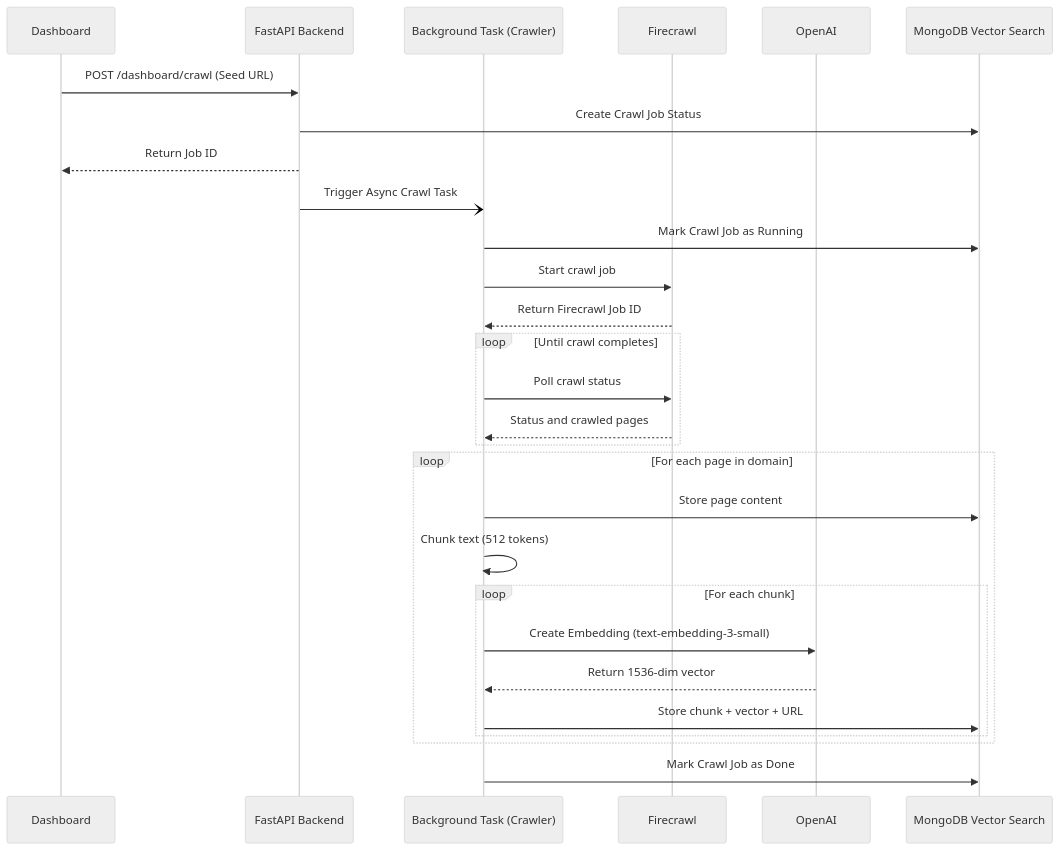
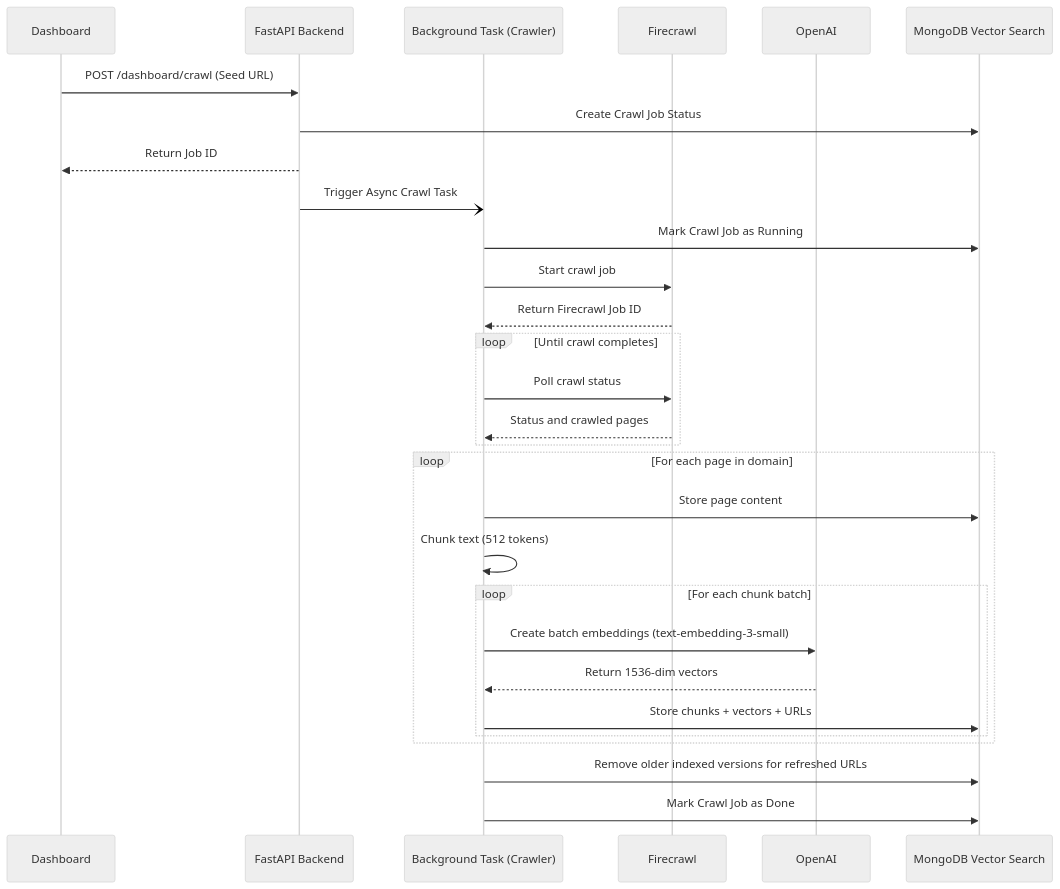
The second of 3 diagrams in README.md (Himanshu-Jha-rgb/AI_Chatbot_widget), drawn with Mermaid (neutral theme) before and after one commit. The commit also changed 2 other files, not shown here.

Commit message:
refactor: optimize embedding process and enhance error handling in crawler and embedder services

````diff
--- a/README.md
+++ b/README.md
@@ -24,33 +24,34 @@
 ```mermaid
 sequenceDiagram
     participant Dashboard
     participant API as FastAPI Backend
     participant Crawler as Background Task (Crawler)
     participant Firecrawl
     participant OpenAI
     participant DB as MongoDB Vector Search
     
     Dashboard->>API: POST /dashboard/crawl (Seed URL)
     API->>DB: Create Crawl Job Status
     API-->>Dashboard: Return Job ID
     API-)Crawler: Trigger Async Crawl Task
     Crawler->>DB: Mark Crawl Job as Running
     Crawler->>Firecrawl: Start crawl job
     Firecrawl-->>Crawler: Return Firecrawl Job ID
     
     loop Until crawl completes
         Crawler->>Firecrawl: Poll crawl status
         Firecrawl-->>Crawler: Status and crawled pages
     end
     
     loop For each page in domain
         Crawler->>DB: Store page content
         Crawler->>Crawler: Chunk text (512 tokens)
-        loop For each chunk
-            Crawler->>OpenAI: Create Embedding (text-embedding-3-small)
-            OpenAI-->>Crawler: Return 1536-dim vector
-            Crawler->>DB: Store chunk + vector + URL
+        loop For each chunk batch
+            Crawler->>OpenAI: Create batch embeddings (text-embedding-3-small)
+            OpenAI-->>Crawler: Return 1536-dim vectors
+            Crawler->>DB: Store chunks + vectors + URLs
         end
     end
+    Crawler->>DB: Remove older indexed versions for refreshed URLs
     Crawler->>DB: Mark Crawl Job as Done
 ```
````
